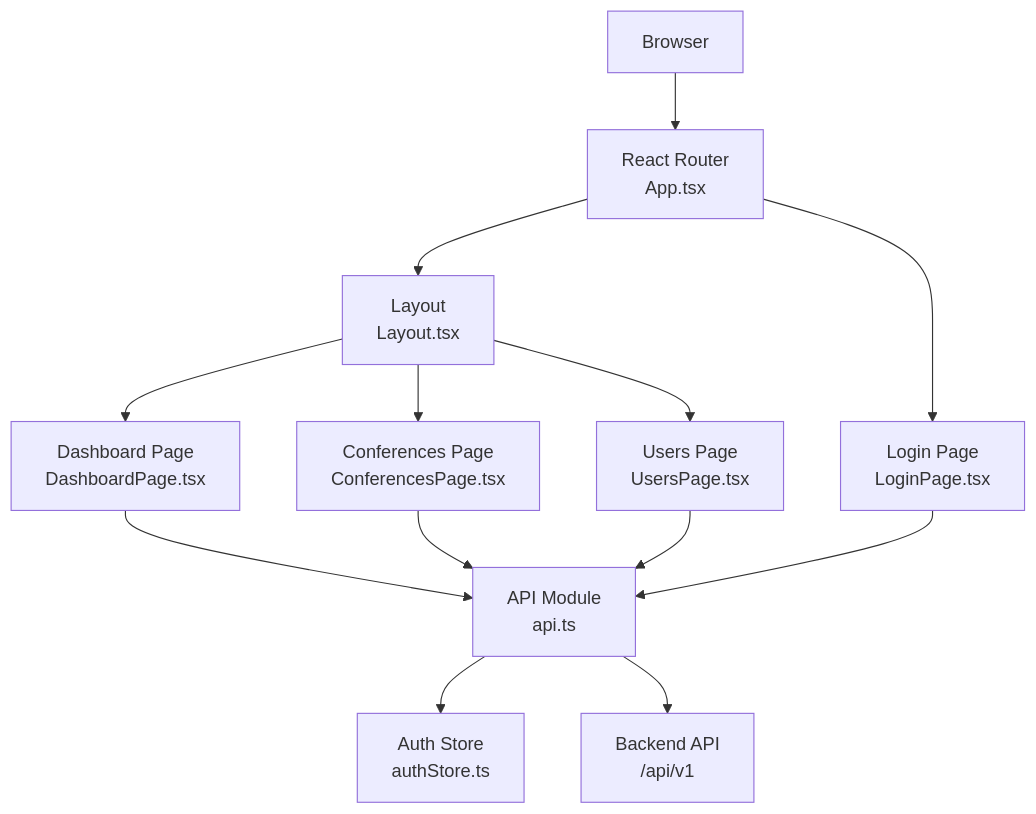
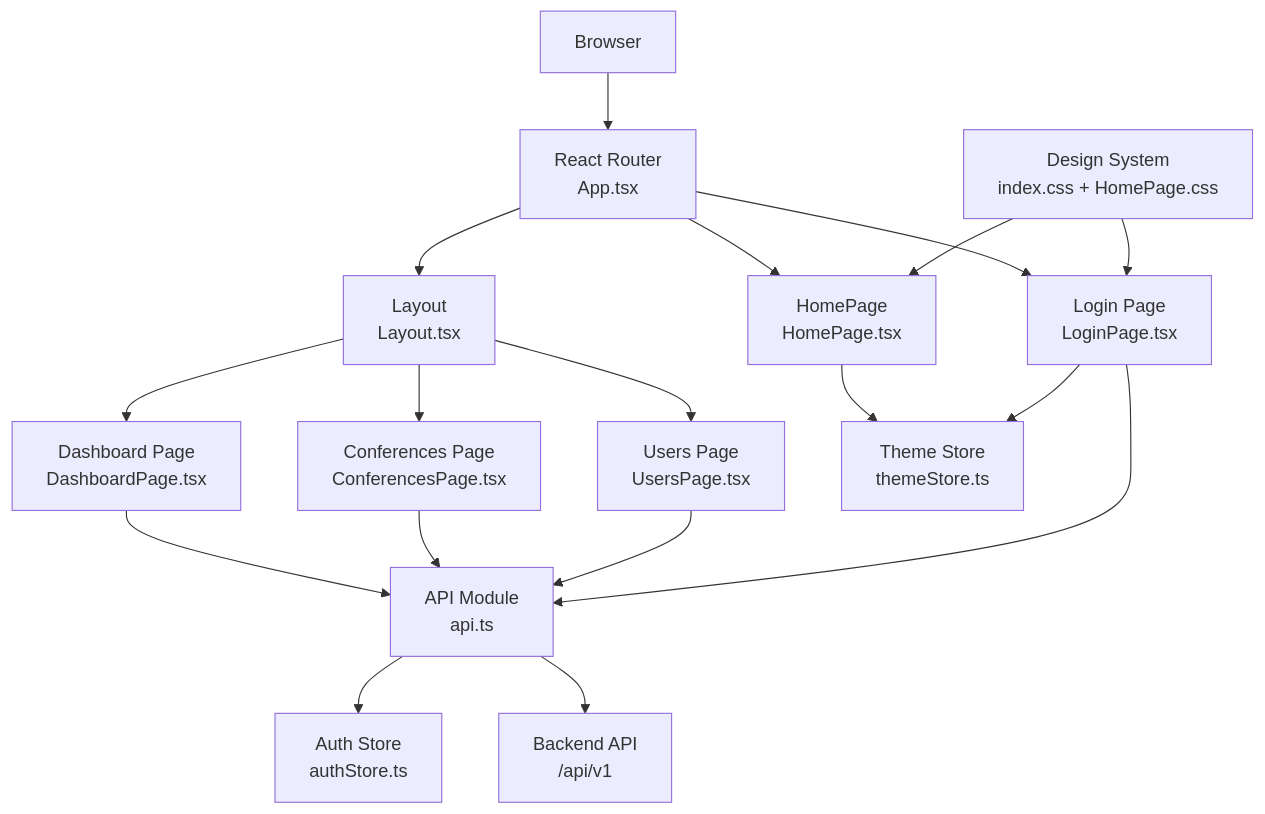
Before and after one commit to Vostrikov2014/vks-qoder: the second of 12 diagrams in .qoder/repowiki/en/content/Frontend Application/Frontend Application.md, drawn with Mermaid. The commit also changed other lines of this file and 18 other files, not shown here.

````diff
--- a/.qoder/repowiki/en/content/Frontend Application/Frontend Application.md
+++ b/.qoder/repowiki/en/content/Frontend Application/Frontend Application.md
@@ -132,25 +161,33 @@
 ```mermaid
 graph TB
 Browser["Browser"]
 Router["React Router<br/>App.tsx"]
+Home["HomePage<br/>HomePage.tsx"]
 LayoutC["Layout<br/>Layout.tsx"]
 Dash["Dashboard Page<br/>DashboardPage.tsx"]
 Conf["Conferences Page<br/>ConferencesPage.tsx"]
 Users["Users Page<br/>UsersPage.tsx"]
 Login["Login Page<br/>LoginPage.tsx"]
 Store["Auth Store<br/>authStore.ts"]
+Theme["Theme Store<br/>themeStore.ts"]
 API["API Module<br/>api.ts"]
 Backend["Backend API<br/>/api/v1"]
+Design["Design System<br/>index.css + HomePage.css"]
 Browser --> Router
+Router --> Home
+Router --> Login
 Router --> LayoutC
-Router --> Login
 LayoutC --> Dash
 LayoutC --> Conf
 LayoutC --> Users
+Home --> Theme
+Login --> Theme
 Dash --> API
 Conf --> API
 Users --> API
 Login --> API
 API --> Store
 API --> Backend
+Design --> Home
+Design --> Login
 ```
````
